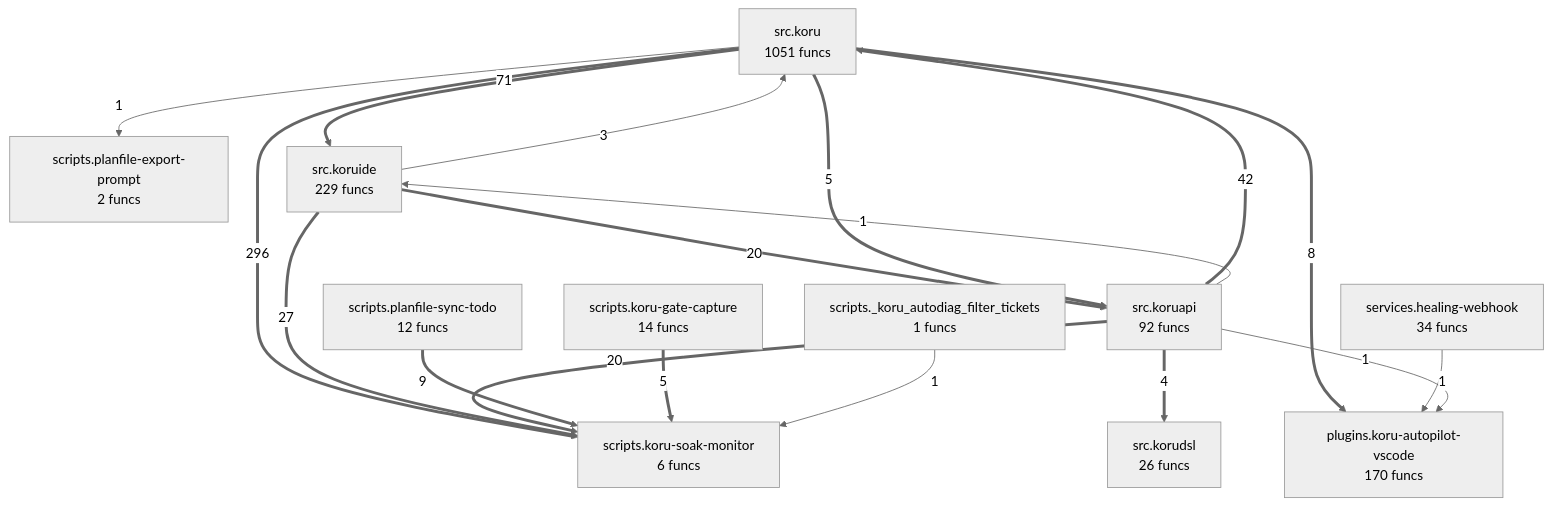
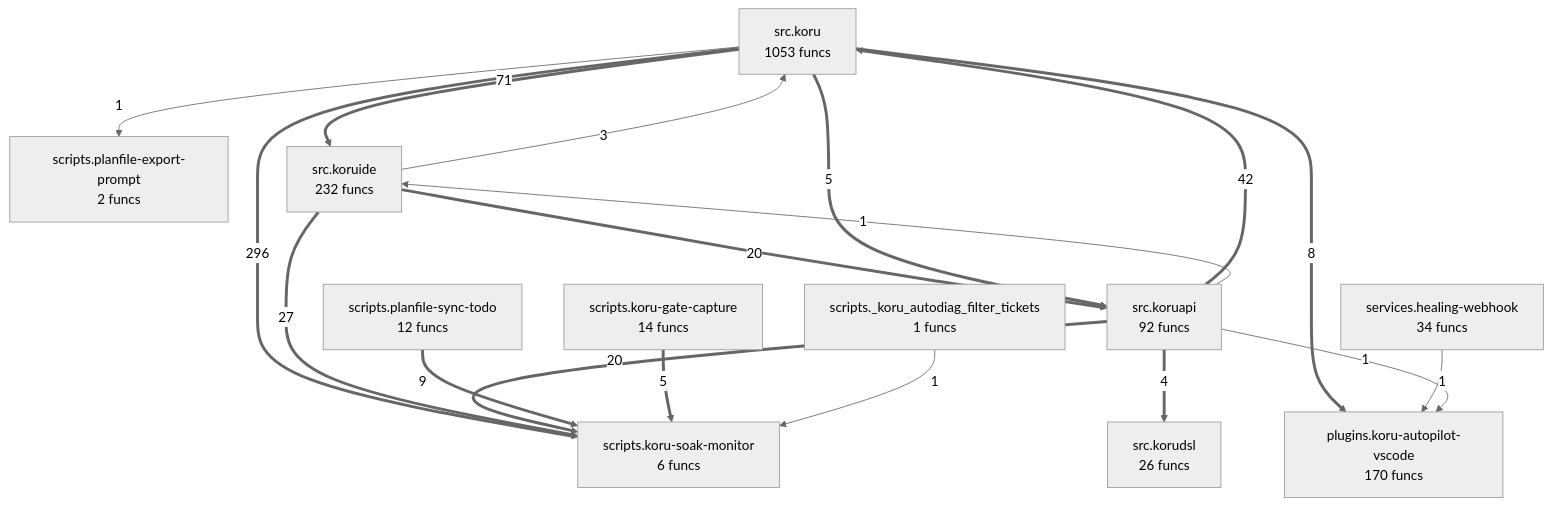
Before and after one commit to semcod/koru: the diagram in project/compact_flow.mmd, drawn with Mermaid (neutral theme). The commit also changed 33 other files, not shown here.

```diff
--- a/project/compact_flow.mmd
+++ b/project/compact_flow.mmd
@@ -1,30 +1,30 @@
 flowchart TD
 %% generated in 0.07s
     plugins__koru_autopilot_vscode["plugins.koru-autopilot-vscode<br/>170 funcs"]
     scripts___koru_autodiag_filter_tickets["scripts._koru_autodiag_filter_tickets<br/>1 funcs"]
     scripts__koru_gate_capture["scripts.koru-gate-capture<br/>14 funcs"]
     scripts__koru_soak_monitor["scripts.koru-soak-monitor<br/>6 funcs"]
     scripts__planfile_export_prompt["scripts.planfile-export-prompt<br/>2 funcs"]
     scripts__planfile_sync_todo["scripts.planfile-sync-todo<br/>12 funcs"]
     services__healing_webhook["services.healing-webhook<br/>34 funcs"]
-    src__koru["src.koru<br/>1051 funcs"]
+    src__koru["src.koru<br/>1053 funcs"]
     src__koruapi["src.koruapi<br/>92 funcs"]
     src__korudsl["src.korudsl<br/>26 funcs"]
-    src__koruide["src.koruide<br/>229 funcs"]
+    src__koruide["src.koruide<br/>232 funcs"]
     src__koru ==>|296| scripts__koru_soak_monitor
     src__koru ==>|71| src__koruide
     src__koruapi ==>|42| src__koru
     src__koruide ==>|27| scripts__koru_soak_monitor
     src__koruapi ==>|20| scripts__koru_soak_monitor
     src__koruide ==>|20| src__koruapi
     scripts__planfile_sync_todo ==>|9| scripts__koru_soak_monitor
     src__koru ==>|8| plugins__koru_autopilot_vscode
     src__koru ==>|5| src__koruapi
     scripts__koru_gate_capture ==>|5| scripts__koru_soak_monitor
     src__koruapi ==>|4| src__korudsl
     src__koruide -->|3| src__koru
     services__healing_webhook -->|1| plugins__koru_autopilot_vscode
     src__koruapi -->|1| plugins__koru_autopilot_vscode
     src__koruapi -->|1| src__koruide
     src__koru -->|1| scripts__planfile_export_prompt
     scripts___koru_autodiag_filter_tickets -->|1| scripts__koru_soak_monitor
```
